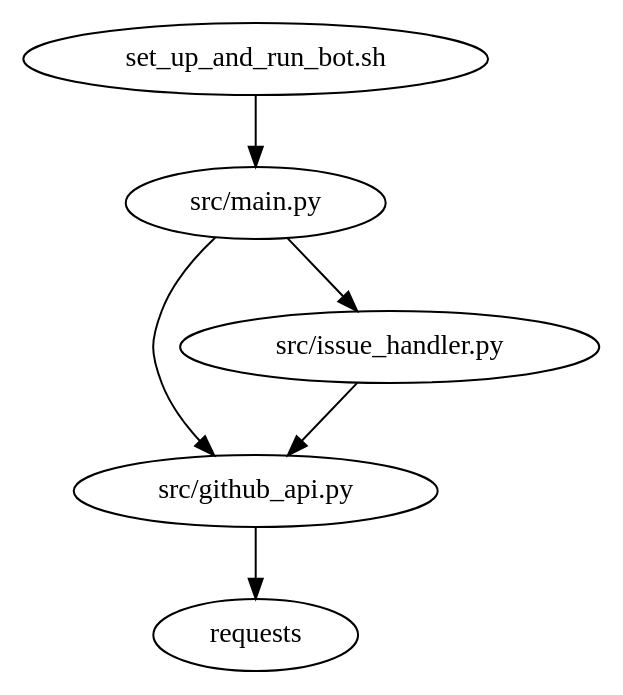
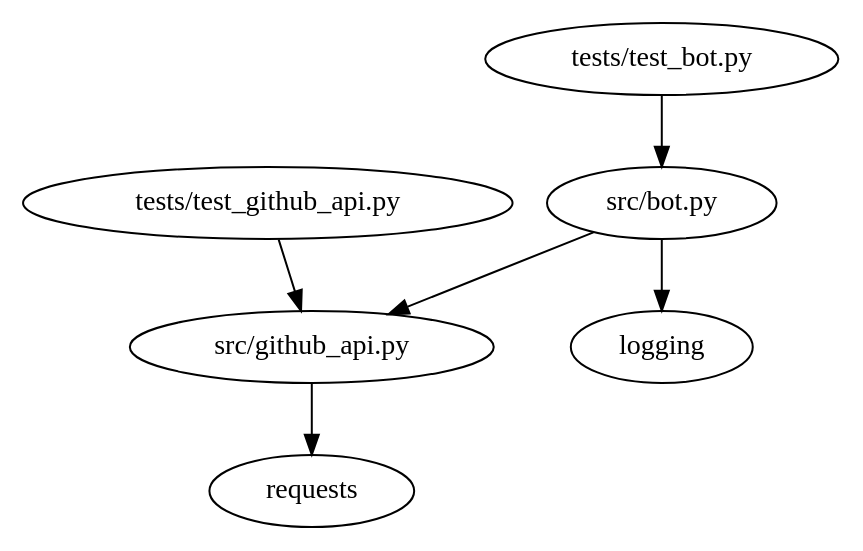
Before and after one commit to Josh-Joseph/gen-code-from-requirements-doc: the diagram in generated_projects/github_issues_to_pr_bot/project_design_document.md, drawn with Graphviz. The commit also changed other lines of this file and 14 other files, not shown here.

````diff
--- a/generated_projects/github_issues_to_pr_bot/project_design_document.md
+++ b/generated_projects/github_issues_to_pr_bot/project_design_document.md
@@ -24,9 +51,9 @@
 ```graphviz
 digraph G {
-    "set_up_and_run_bot.sh" -> "src/main.py";
-    "src/main.py" -> "src/github_api.py";
-    "src/main.py" -> "src/issue_handler.py";
+    "src/bot.py" -> "src/github_api.py";
+    "tests/test_bot.py" -> "src/bot.py";
+    "tests/test_github_api.py" -> "src/github_api.py";
     "src/github_api.py" -> "requests";
-    "src/issue_handler.py" -> "src/github_api.py";
+    "src/bot.py" -> "logging";
 }
 ```
````
